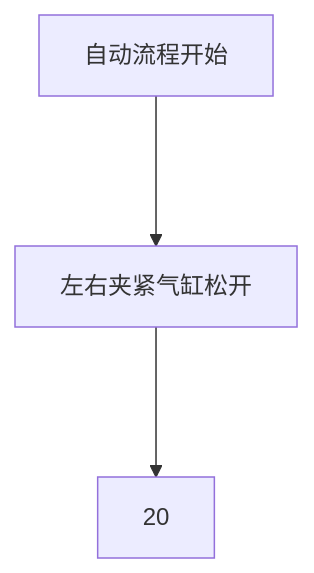
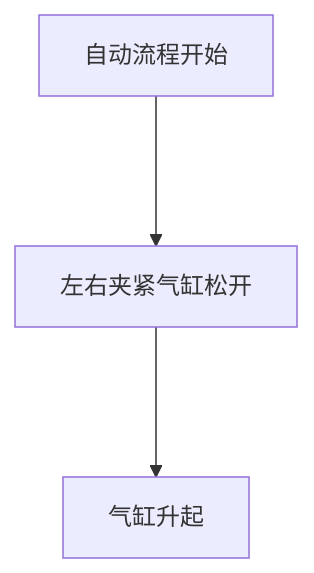
Before and after one commit to zmq000/iodraw-files: the diagram in all/OP70工位3左载具搬运.md, drawn with Mermaid.

Commit message:
2026-06-17 16:16:21 update

````diff
--- a/all/OP70工位3左载具搬运.md
+++ b/all/OP70工位3左载具搬运.md
@@ -1,6 +1,6 @@
 ```mermaid
 graph TD
   自动流程开始--->10
   10[左右夹紧气缸松开]--->20
-  
+  20[气缸升起]
 ```
````
